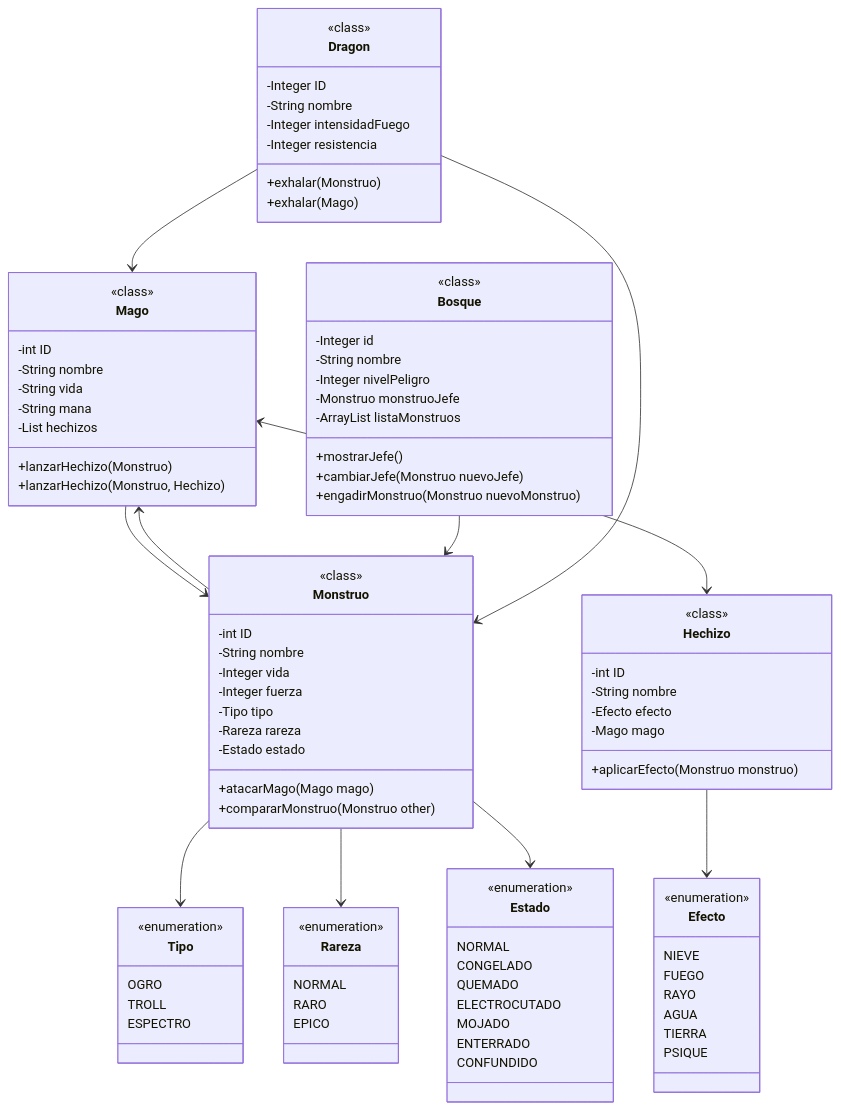
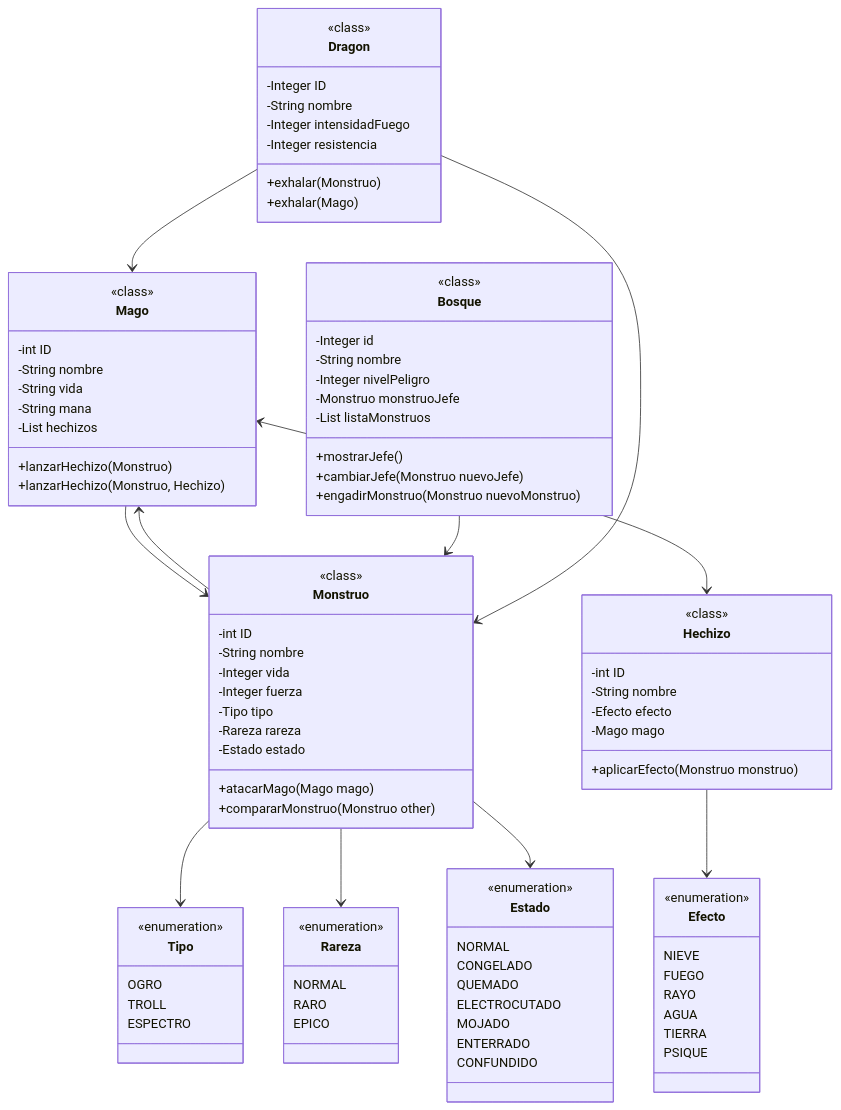
The first of 2 diagrams in README.md (Manuel-SanClemente/Dragolandia---Extendido), drawn with Mermaid before and after one commit. The commit also changed other lines of this file, not shown here.

Commit message:
18/12 11:08

```diff
--- a/README.md
+++ b/README.md
@@ -71,7 +71,7 @@
         -String nombre
         -Integer nivelPeligro
         -Monstruo monstruoJefe
-        -ArrayList<Monstruo> listaMonstruos
+        -List<Monstruo> listaMonstruos
         +mostrarJefe()
         +cambiarJefe(Monstruo nuevoJefe)
         +engadirMonstruo(Monstruo nuevoMonstruo)
```
